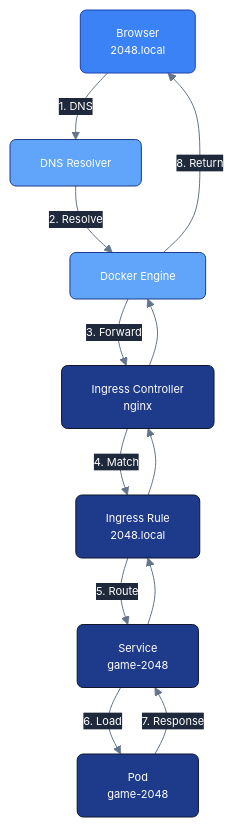
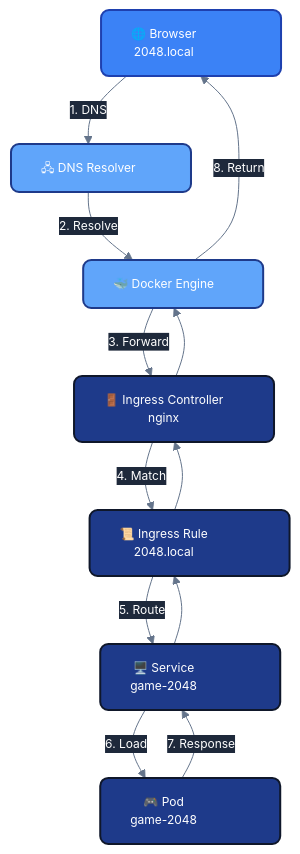
One commit to kadirariklar/game-2048-for-k8s changed the second of 2 diagrams in README.md. Above: the diagram before and after it, drawn with Mermaid.

Commit message:
Edited mermaid diagrams.

````diff
--- a/README.md
+++ b/README.md
@@ -562,53 +562,52 @@
 ```mermaid
 %%{init: {
   "theme": "base",
   "themeVariables": {
     "primaryColor": "#2563EB",
     "primaryTextColor": "#FFFFFF",
     "primaryBorderColor": "#1E40AF",
     "clusterBkg": "#0F172A",
     "clusterBorder": "#1E293B",
     "edgeLabelBackground": "#1E293B",
     "lineColor": "#64748B",
     "fontFamily": "Inter, sans-serif",
-    "fontSize": "11px"
+    "fontSize": "12px"
   }
 }}%%
 flowchart TD
-    Browser["Browser<br/>2048.local"]:::client
-    DNS["DNS Resolver"]:::infra
-    Docker["Docker Engine"]:::infra
-    Ingress["Ingress Controller<br/>nginx"]:::k8s
-    Rule["Ingress Rule<br/>2048.local"]:::k8s
-    Service["Service<br/>game-2048"]:::k8s
-    Pod["Pod<br/>game-2048"]:::k8s
+    Browser["🌐 Browser<br/>2048.local"]:::client
+    DNS["🖧 DNS Resolver"]:::infra
+    Docker["🐳 Docker Engine"]:::infra
+    Ingress["🚪 Ingress Controller<br/>nginx"]:::k8s
+    Rule["📜 Ingress Rule<br/>2048.local"]:::k8s
+    Service["🖥️ Service<br/>game-2048"]:::k8s
+    Pod["🎮 Pod<br/>game-2048"]:::k8s
 
     %% Vertical flow
     Browser -->|"1. DNS"| DNS
     DNS -->|"2. Resolve"| Docker
     Docker -->|"3. Forward"| Ingress
     Ingress -->|"4. Match"| Rule
     Rule -->|"5. Route"| Service
     Service -->|"6. Load"| Pod
     Pod -->|"7. Response"| Service
     Service --> Rule
     Rule --> Ingress
     Ingress --> Docker
     Docker -->|"8. Return"| Browser
 
     %% Style
-    classDef client fill:#3B82F6,stroke:#1E40AF,color:#FFFFFF,rx:6,ry:6,stroke-width:1px,text-align:center;
-    classDef infra fill:#60A5FA,stroke:#1E3A8A,color:#FFFFFF,rx:6,ry:6,stroke-width:1px,text-align:center;
-    classDef k8s fill:#1E3A8A,stroke:#0F172A,color:#FFFFFF,rx:6,ry:6,stroke-width:1px,text-align:center;
+    classDef client fill:#3B82F6,stroke:#1E40AF,color:#FFFFFF,rx:8,ry:8,stroke-width:2px,text-align:center;
+    classDef infra fill:#60A5FA,stroke:#1E3A8A,color:#FFFFFF,rx:8,ry:8,stroke-width:2px,text-align:center;
+    classDef k8s fill:#1E3A8A,stroke:#0F172A,color:#FFFFFF,rx:8,ry:8,stroke-width:2px,text-align:center;
 
-    %% Reduce node height (less internal margin)
-    style Browser padding:2px 4px;
-    style DNS padding:2px 4px;
-    style Docker padding:2px 4px;
-    style Ingress padding:2px 4px;
-    style Rule padding:2px 4px;
-    style Service padding:2px 4px;
-    style Pod padding:2px 4px;
-
+    %% Node size
+    style Browser width:180px;
+    style DNS width:180px;
+    style Docker width:180px;
+    style Ingress width:200px;
+    style Rule width:200px;
+    style Service width:180px;
+    style Pod width:180px;
 
 ```
````
